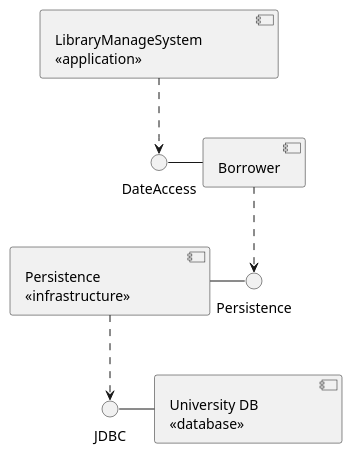
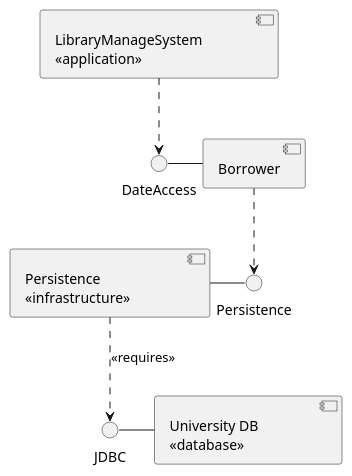
The diagram in UML/ComponentDiagram/libraryManageSys.wsd (ACupofAir/SEU-Java-Course), drawn with PlantUML before and after one commit. The commit also changed 6 other files, not shown here.

```diff
--- a/UML/ComponentDiagram/libraryManageSys.wsd
+++ b/UML/ComponentDiagram/libraryManageSys.wsd
@@ -1,30 +1,30 @@
 @startuml libraryManageSys
 component Borrower                
 interface DateAccess as DA        
 DA - Borrower                     
                                   
 component LibraryManageSystem [    
   LibraryManageSystem              
   <<application>>                  
 ]                                  
                       
 component DateBase [  
   University DB       
   <<database>>                    
 ]                                 
                                   
 interface JDBC                    
-JDBC - DateBase                   
+JDBC - DateBase                    
                                    
 component Persistence [            
   Persistence                      
   <<infrastructure>>               
 ]                                  
                                    
-interface Persistence as Per      
+interface Persistence as Per       
 Per -left- Persistence                 
                                    
-Persistence ..> JDBC   
+Persistence ..> JDBC : <<requires>> 
 LibraryManageSystem ..> DA         
-Borrower ..> Per                  
+Borrower ..> Per                   
 @enduml                            
```
